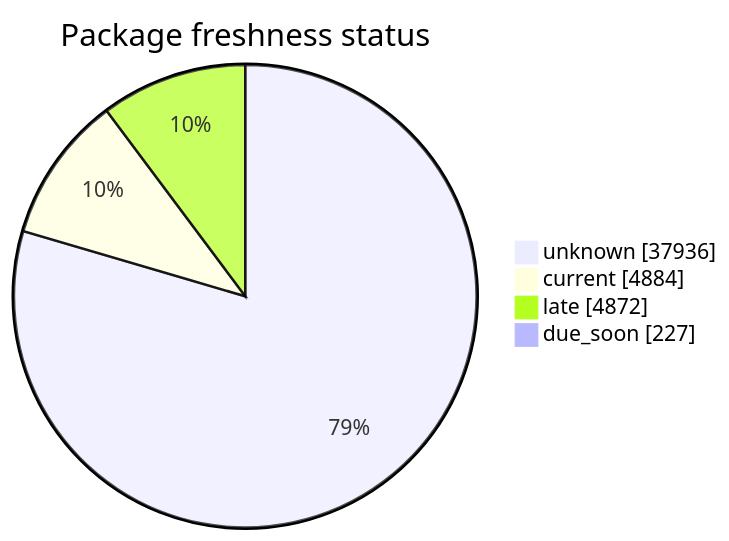
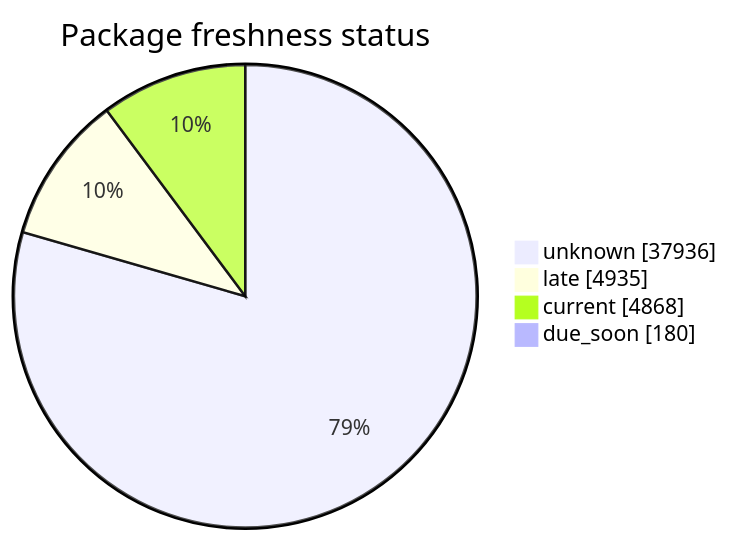
One commit to open-data/analytics-corporate-reporting changed the second of 5 diagrams in FreshCheck/README.md. Above: the diagram before and after it, drawn with Mermaid. The commit also changed other lines of this file and 3 other files, not shown here.

````diff
--- a/FreshCheck/README.md
+++ b/FreshCheck/README.md
@@ -68,7 +68,7 @@
 ```mermaid
 pie showData title Package freshness status
     "unknown": 37936
-    "current": 4884
-    "late": 4872
-    "due_soon": 227
+    "late": 4935
+    "current": 4868
+    "due_soon": 180
 ```
````
